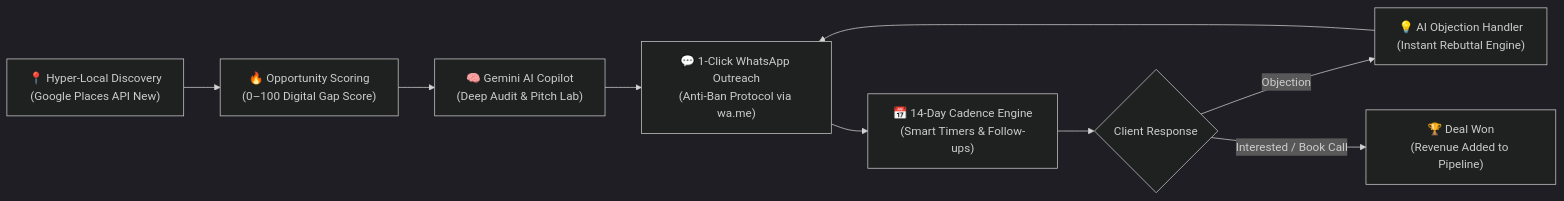
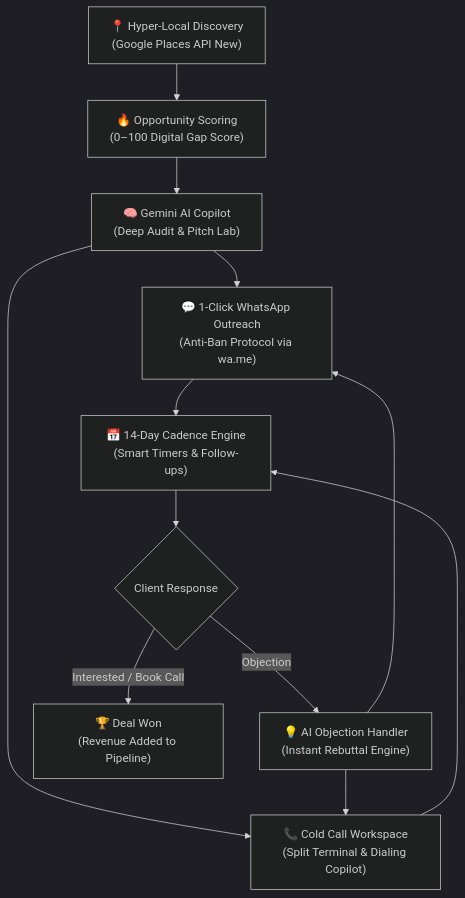
Before and after one commit to akshay118R/Client-Hunter: the diagram in README.md, drawn with Mermaid (dark theme). The commit also changed other lines of this file and 23 other files, not shown here.

Commit message:
feat: add Cold Call workspace, ClientHunter AI assistant, modular data reset controls, floating action bars, and update README

````diff
--- a/README.md
+++ b/README.md
@@ -26,11 +26,17 @@
 ```mermaid
-flowchart LR
+flowchart TD
     A["📍 Hyper-Local Discovery<br/>(Google Places API New)"] --> B["🔥 Opportunity Scoring<br/>(0–100 Digital Gap Score)"]
     B --> C["🧠 Gemini AI Copilot<br/>(Deep Audit & Pitch Lab)"]
+    
     C --> D["💬 1-Click WhatsApp Outreach<br/>(Anti-Ban Protocol via wa.me)"]
+    C --> CC["📞 Cold Call Workspace<br/>(Split Terminal & Dialing Copilot)"]
+    
     D --> E["📅 14-Day Cadence Engine<br/>(Smart Timers & Follow-ups)"]
+    CC --> E
+    
     E --> F{"Client Response"}
     F -- "Objection" --> G["💡 AI Objection Handler<br/>(Instant Rebuttal Engine)"]
     G --> D
+    G --> CC
     F -- "Interested / Book Call" --> H["🏆 Deal Won<br/>(Revenue Added to Pipeline)"]
 ```
````
